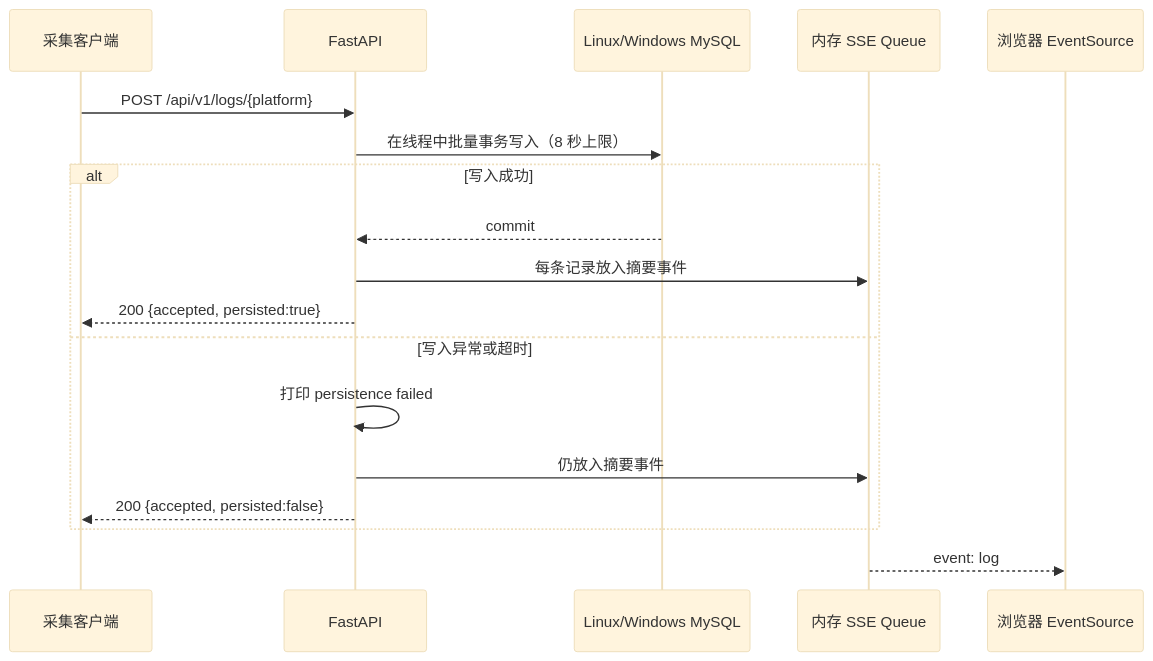
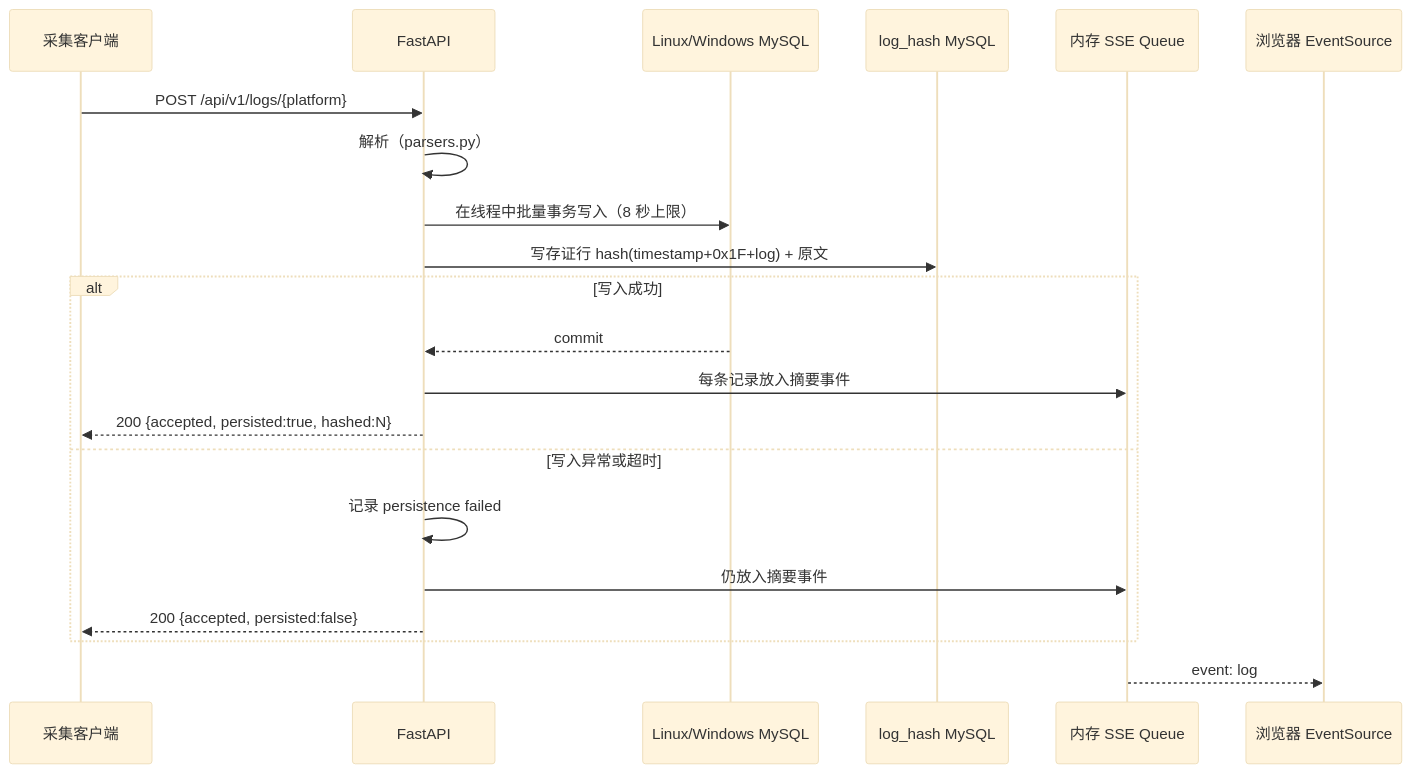
One commit to ironpillarsjq/log-fusion changed the second of 3 diagrams in docs/ARCHITECTURE.md. Above: the diagram before and after it, drawn with Mermaid (base theme). The commit also changed other lines of this file and 14 other files, not shown here.

Commit message:
新增原始日志 SHA-256 存证入库（log_hash 库）

````diff
--- a/docs/ARCHITECTURE.md
+++ b/docs/ARCHITECTURE.md
@@ -86,21 +89,24 @@
 ```mermaid
 sequenceDiagram
     participant C as 采集客户端
     participant A as FastAPI
     participant DB as Linux/Windows MySQL
+    participant H as log_hash MySQL
     participant Q as 内存 SSE Queue
     participant B as 浏览器 EventSource
 
     C->>A: POST /api/v1/logs/{platform}
+    A->>A: 解析（parsers.py）
     A->>DB: 在线程中批量事务写入（8 秒上限）
+    A->>H: 写存证行 hash(timestamp+0x1F+log) + 原文
     alt 写入成功
         DB-->>A: commit
         A->>Q: 每条记录放入摘要事件
-        A-->>C: 200 {accepted, persisted:true}
+        A-->>C: 200 {accepted, persisted:true, hashed:N}
     else 写入异常或超时
-        A->>A: 打印 persistence failed
+        A->>A: 记录 persistence failed
         A->>Q: 仍放入摘要事件
         A-->>C: 200 {accepted, persisted:false}
     end
     Q-->>B: event: log
 ```
````
